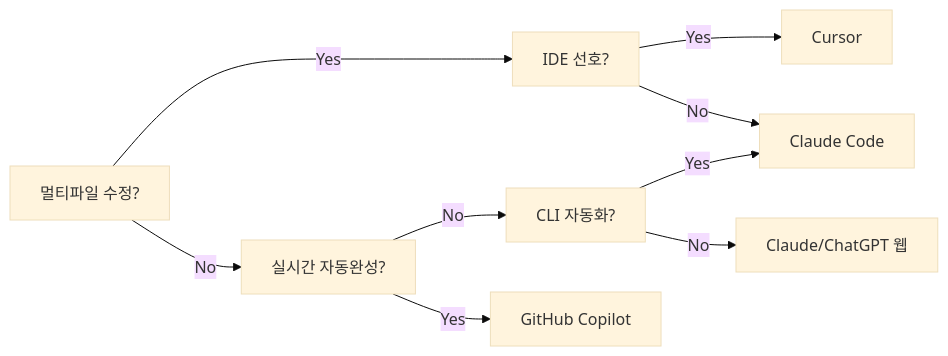
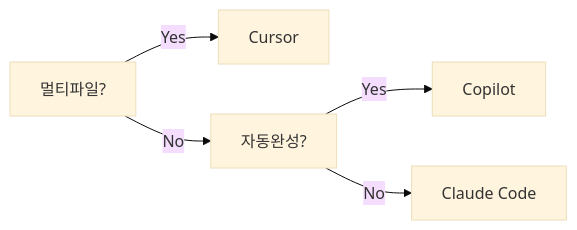
The third of 3 diagrams in _posts/ai/2026-05-01-ai-tools.md (yjkim2015/yjkim2015.github.io), drawn with Mermaid (base theme) before and after one commit. The commit also changed 163 other files, not shown here.

First line of the commit message:
Mermaid 300개 블록 내용 축소: 5노드 5엣지 이하, 의미 있는 약어

````diff
--- a/_posts/ai/2026-05-01-ai-tools.md
+++ b/_posts/ai/2026-05-01-ai-tools.md
@@ -371,15 +371,7 @@
 ```mermaid
 graph LR
-    Q1["멀티파일 수정?"]
-    Q2["IDE 선호?"]
-    Q3["실시간 자동완성?"]
-    Q4["CLI 자동화?"]
-    Q1 -->|"Yes"| Q2
-    Q1 -->|"No"| Q3
-    Q2 -->|"Yes"| CUR["Cursor"]
+    Q1["멀티파일?"] -->|"Yes"| CUR["Cursor"]
+    Q1 -->|"No"| Q2["자동완성?"]
+    Q2 -->|"Yes"| CP["Copilot"]
     Q2 -->|"No"| CC["Claude Code"]
-    Q3 -->|"Yes"| CP["GitHub Copilot"]
-    Q3 -->|"No"| Q4
-    Q4 -->|"Yes"| CC
-    Q4 -->|"No"| CHAT["Claude/ChatGPT 웹"]
 ```
````
